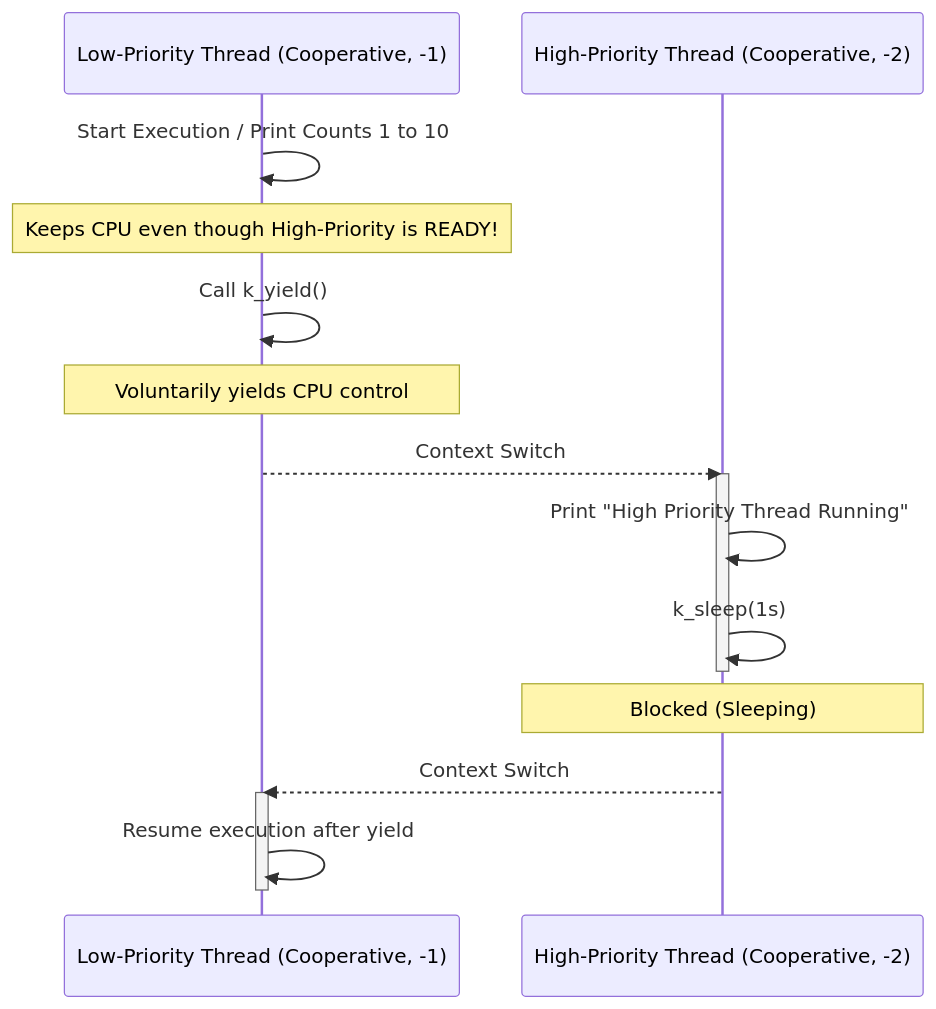
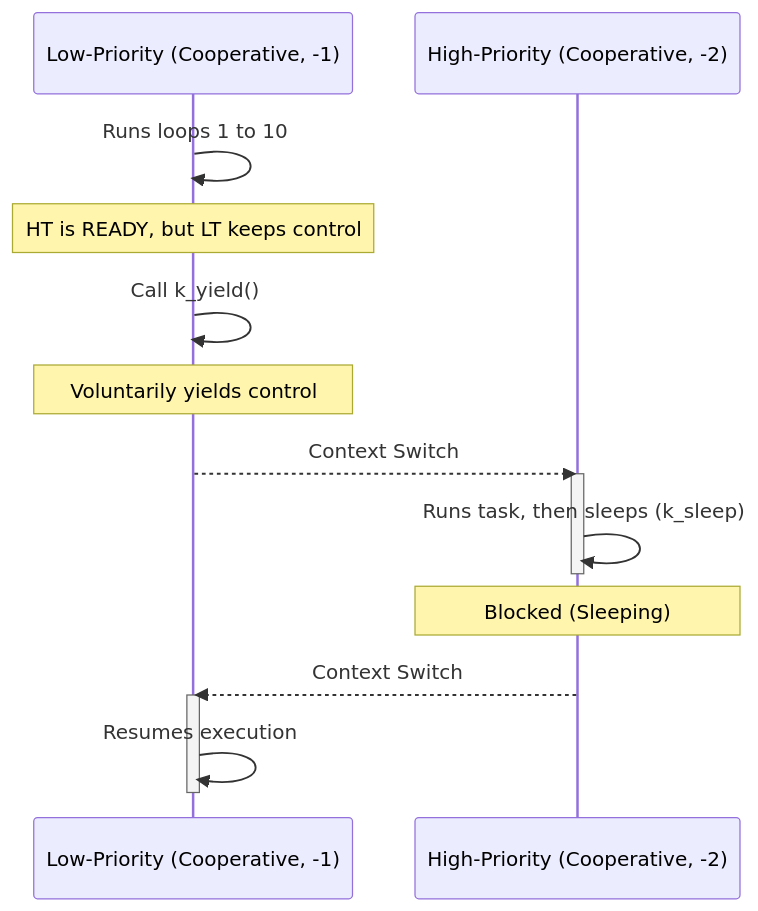
Before and after one commit to PriyaSelvakumar123/zephyr-rtos-projects: the first of 2 diagrams in README.md, drawn with Mermaid. The commit also changed other lines of this file, not shown here.

````diff
--- a/README.md
+++ b/README.md
@@ -120,19 +60,18 @@
 ```mermaid
 sequenceDiagram
-    participant LT as Low-Priority Thread (Cooperative, -1)
-    participant HT as High-Priority Thread (Cooperative, -2)
-    LT->>LT: Start Execution / Print Counts 1 to 10
-    Note over LT: Keeps CPU even though High-Priority is READY!
+    participant LT as Low-Priority (Cooperative, -1)
+    participant HT as High-Priority (Cooperative, -2)
+    LT->>LT: Runs loops 1 to 10
+    Note over LT: HT is READY, but LT keeps control
     LT->>LT: Call k_yield()
-    Note over LT: Voluntarily yields CPU control
+    Note over LT: Voluntarily yields control
     LT-->>HT: Context Switch
     activate HT
-    HT->>HT: Print "High Priority Thread Running"
-    HT->>HT: k_sleep(1s)
+    HT->>HT: Runs task, then sleeps (k_sleep)
     deactivate HT
     Note over HT: Blocked (Sleeping)
     HT-->>LT: Context Switch
     activate LT
-    LT->>LT: Resume execution after yield
+    LT->>LT: Resumes execution
     deactivate LT
 ```
````
